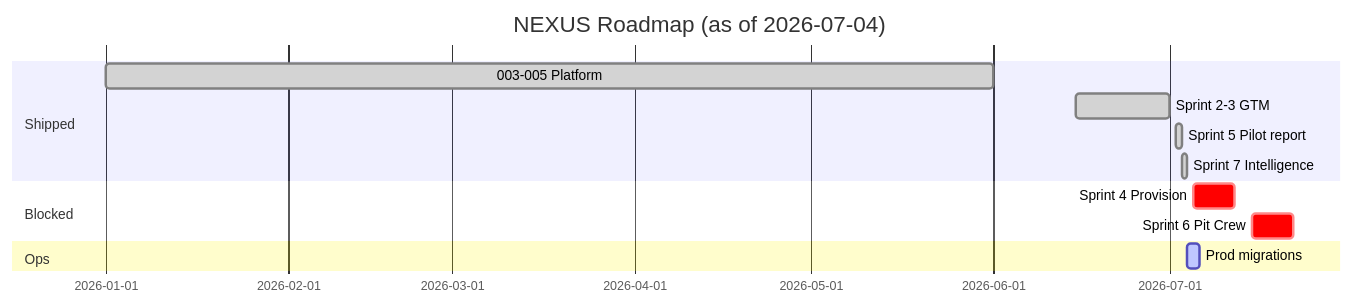
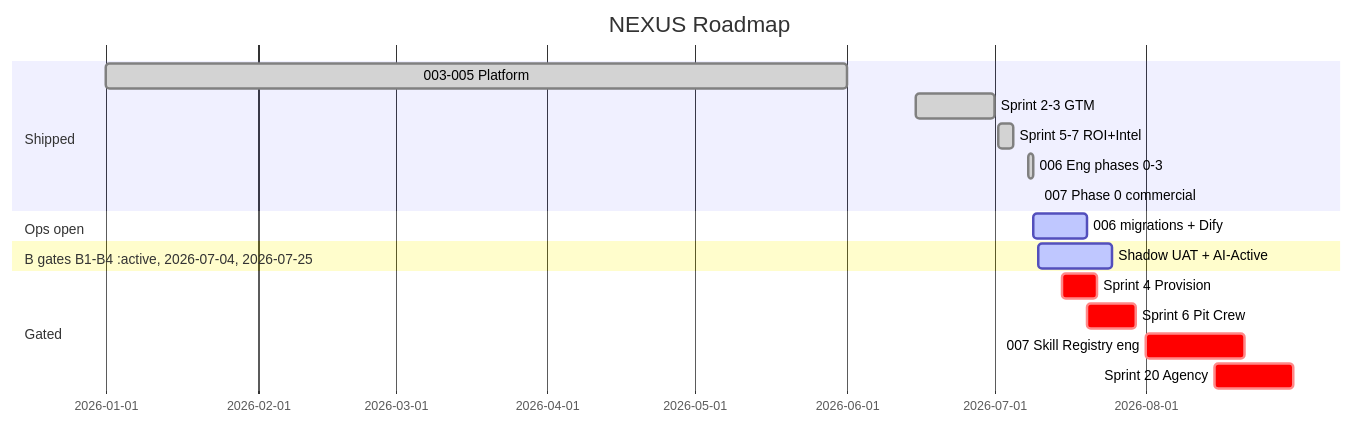
Before and after one commit to waleedhewalla78-sudo/NEXUS: the fourth of 4 diagrams in nexus-social-app/docs/NEXUS-PRD.md, drawn with Mermaid. The commit also changed other lines of this file and 3 other files, not shown here.

````diff
--- a/nexus-social-app/docs/NEXUS-PRD.md
+++ b/nexus-social-app/docs/NEXUS-PRD.md
@@ -1126,16 +907,20 @@
 ```mermaid
 gantt
-    title NEXUS Roadmap (as of 2026-07-04)
+    title NEXUS Roadmap
     dateFormat YYYY-MM-DD
     section Shipped
     003-005 Platform           :done, 2026-01-01, 2026-06-01
     Sprint 2-3 GTM             :done, 2026-06-15, 2026-07-01
-    Sprint 5 Pilot report        :done, 2026-07-02, 2026-07-03
-    Sprint 7 Intelligence        :done, 2026-07-03, 2026-07-04
-    section Blocked
-    Sprint 4 Provision           :crit, 2026-07-05, 2026-07-12
-    Sprint 6 Pit Crew            :crit, 2026-07-15, 2026-07-22
-    section Ops
-    Prod migrations              :active, 2026-07-04, 2026-07-06
-    Section B gates              :active, 2026-07-04, 2026-07-15
+    Sprint 5-7 ROI+Intel       :done, 2026-07-02, 2026-07-05
+    006 Eng phases 0-3         :done, 2026-07-08, 2026-07-09
+    007 Phase 0 commercial     :done, 2026-07-10, 2026-07-10
+    section Ops open
+    006 migrations + Dify      :active, 2026-07-09, 2026-07-20
+    Section B gates B1-B4      :active, 2026-07-04, 2026-07-25
+    Shadow UAT + AI-Active     :active, 2026-07-10, 2026-07-25
+    section Gated
+    Sprint 4 Provision         :crit, 2026-07-15, 2026-07-22
+    Sprint 6 Pit Crew          :crit, 2026-07-20, 2026-07-30
+    007 Skill Registry eng     :crit, 2026-08-01, 2026-08-21
+    Sprint 20 Agency           :crit, 2026-08-15, 2026-08-31
 ```
````
